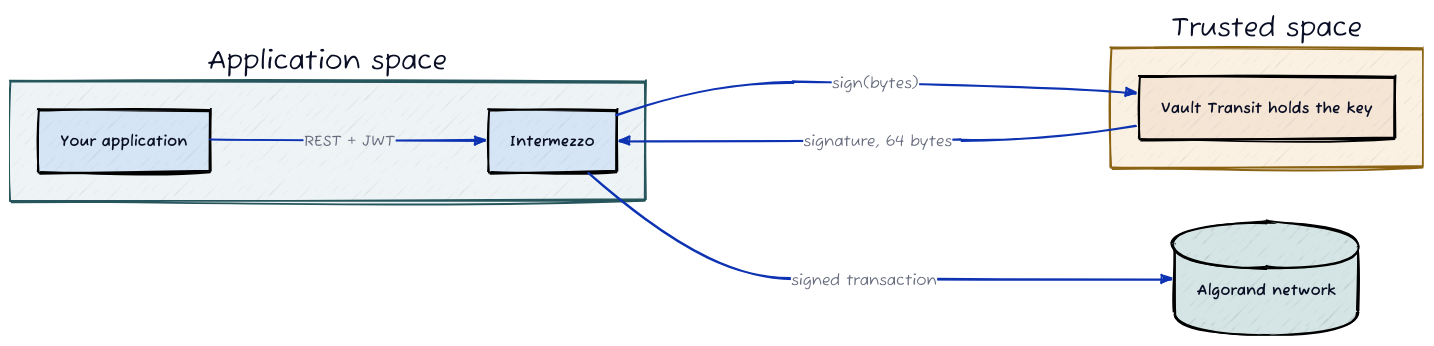
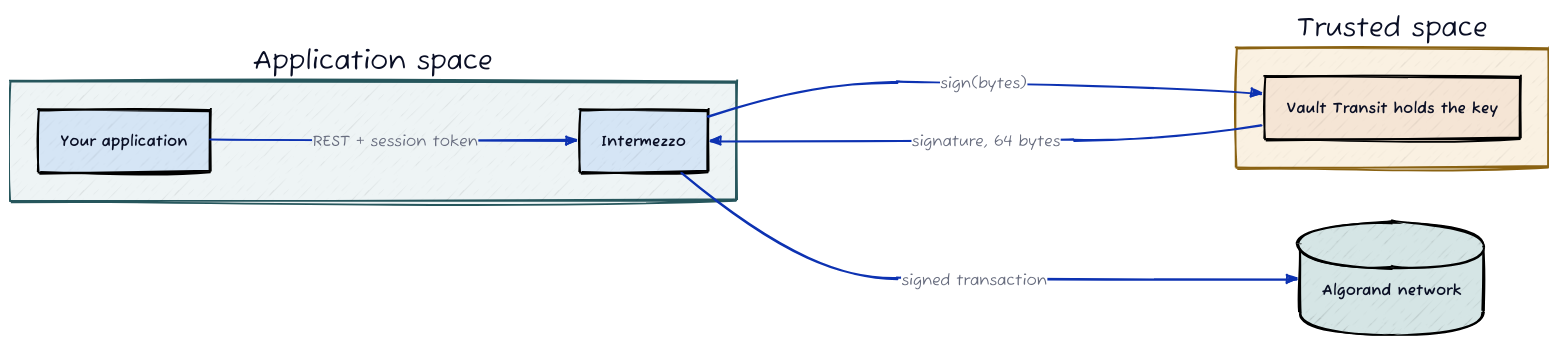
One commit to algorandfoundation/devportal changed the first of 2 diagrams in src/content/docs/resources/intermezzo-concepts.mdx. Above: the diagram before and after it, drawn with D2. The commit also changed other lines of this file and 1 other file, not shown here.

Commit message:
docs: apply AGENTS.md and writing standards to Intermezzo concepts page & correct Intermezzo session token expiry in API reference

````diff
--- a/src/content/docs/resources/intermezzo-concepts.mdx
+++ b/src/content/docs/resources/intermezzo-concepts.mdx
@@ -31,63 +31,63 @@
 ```d2 darkTheme='false' title='Isolation between application space and the KMS'
   vars: {
     d2-config: {
       pad: 60
       layout-engine: dagre
       sketch: true
     }
   }
   direction: right
 
   app: Application space {
     style: {
       fill: "#eef4f5"
       stroke: "#26565c"
     }
 
     client: Your application {
       shape: rectangle
       style: {
         fill: "#d5e5f5"
         stroke: "#000000"
       }
     }
 
     pawn: Intermezzo {
       shape: rectangle
       style: {
         fill: "#d5e5f5"
         stroke: "#000000"
         bold: true
       }
     }
 
-    client -> pawn: REST + JWT
+    client -> pawn: REST + session token
   }
 
   kms: Trusted space {
     style: {
       fill: "#faf1e2"
       stroke: "#8a6212"
     }
 
     vault: Vault Transit holds the key {
       shape: rectangle
       style: {
         fill: "#f5e5d5"
         stroke: "#000000"
       }
     }
   }
 
   chain: Algorand network {
     shape: cylinder
     style: {
       fill: "#d5e5e5"
       stroke: "#000000"
     }
   }
 
   app.pawn -> kms.vault: sign(bytes)
   kms.vault -> app.pawn: signature, 64 bytes
   app.pawn -> chain: signed transaction
 ```
````
